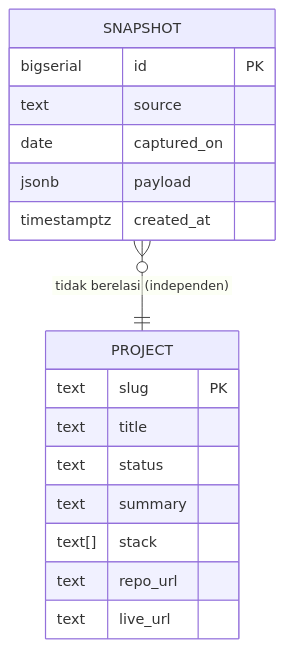
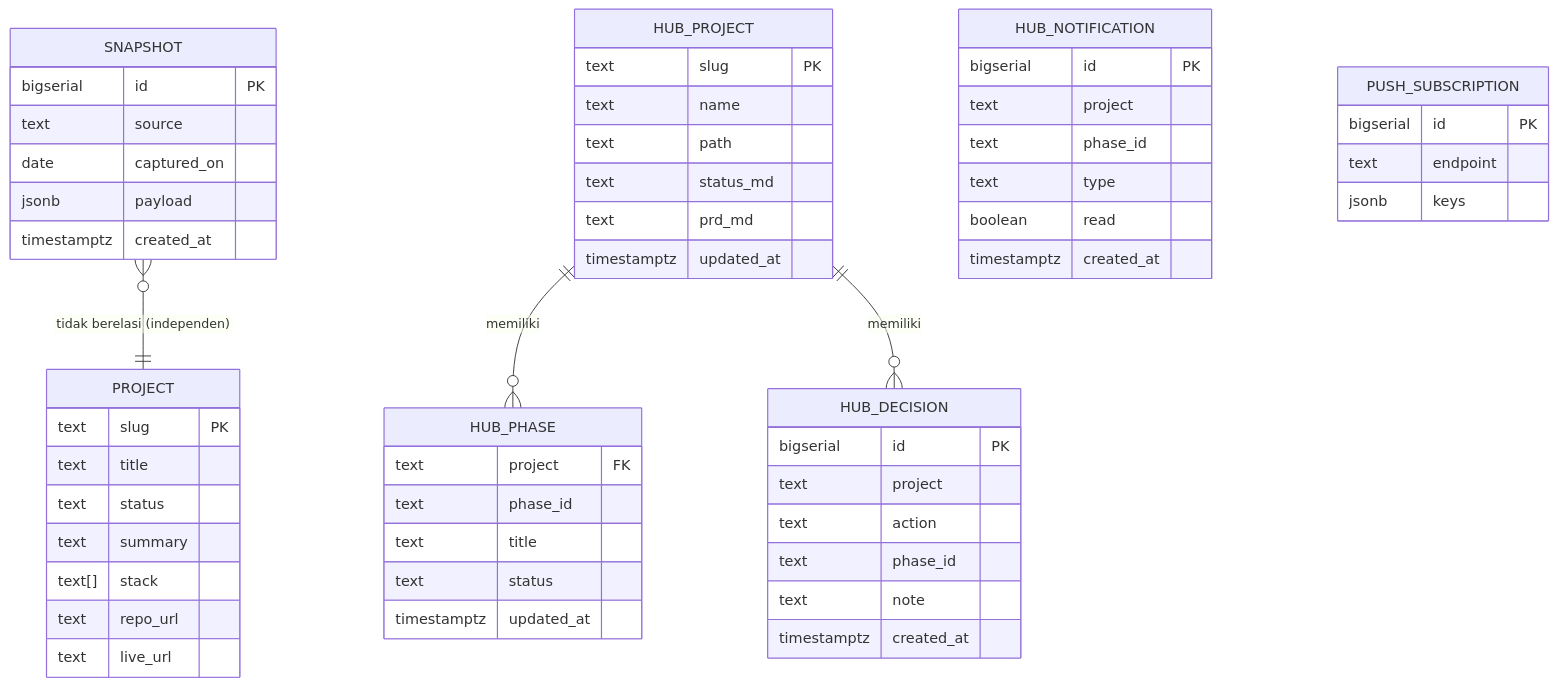
One commit to tooncoderstis/portofolio changed the diagram in PRD.md. Above: the diagram before and after it, drawn with Mermaid. The commit also changed other lines of this file and 58 other files, not shown here.

First line of the commit message:
feat(hub): owner-only project hub with phase ingest and web push

````diff
--- a/PRD.md
+++ b/PRD.md
@@ -78,20 +88,58 @@
 ```mermaid
 erDiagram
     SNAPSHOT {
         bigserial id PK
         text source
         date captured_on
         jsonb payload
         timestamptz created_at
     }
     PROJECT {
         text slug PK
         text title
         text status
         text summary
         text[] stack
         text repo_url
         text live_url
     }
+    HUB_PROJECT {
+        text slug PK
+        text name
+        text path
+        text status_md
+        text prd_md
+        timestamptz updated_at
+    }
+    HUB_PHASE {
+        text project FK
+        text phase_id
+        text title
+        text status
+        timestamptz updated_at
+    }
+    HUB_NOTIFICATION {
+        bigserial id PK
+        text project
+        text phase_id
+        text type
+        boolean read
+        timestamptz created_at
+    }
+    HUB_DECISION {
+        bigserial id PK
+        text project
+        text action
+        text phase_id
+        text note
+        timestamptz created_at
+    }
+    PUSH_SUBSCRIPTION {
+        bigserial id PK
+        text endpoint
+        jsonb keys
+    }
     SNAPSHOT }o--|| PROJECT : "tidak berelasi (independen)"
+    HUB_PROJECT ||--o{ HUB_PHASE : "memiliki"
+    HUB_PROJECT ||--o{ HUB_DECISION : "memiliki"
 ```
````
